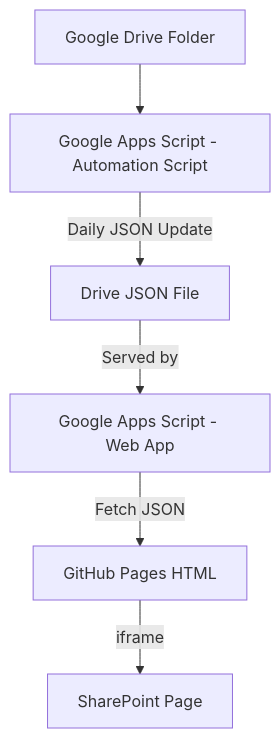
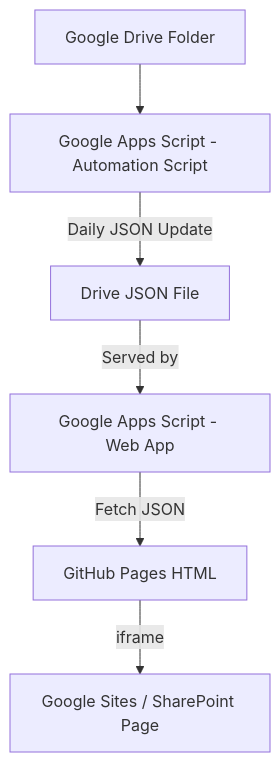
One commit to fluid-codes/software-downloads changed the diagram in README.md. Above: the diagram before and after it, drawn with Mermaid.

Commit message:
Update README to reflect new page destination

````diff
--- a/README.md
+++ b/README.md
@@ -10,8 +10,8 @@
 ```mermaid
 flowchart TD
   A[Google Drive Folder] --> B[Google Apps Script - Automation Script]
   B -->|Daily JSON Update| C[Drive JSON File]
   C -->|Served by| D[Google Apps Script - Web App]
   D -->|Fetch JSON| E[GitHub Pages HTML]
-  E -->|iframe| F[SharePoint Page]
+  E -->|iframe| F[Google Sites / SharePoint Page]
 ```
````
